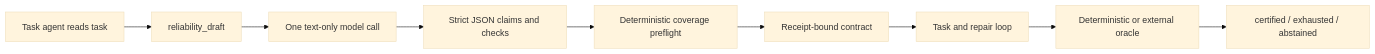
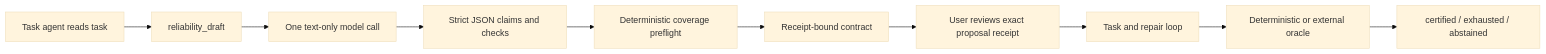
Before and after one commit to chenjie1129/deepseek-harness-reliability-governor: the diagram in docs/CONTRACT_AUTHORING.md, drawn with Mermaid (base theme). The commit also changed other lines of this file and 43 other files, not shown here.

````diff
--- a/docs/CONTRACT_AUTHORING.md
+++ b/docs/CONTRACT_AUTHORING.md
@@ -19,11 +19,12 @@
 ```mermaid
 flowchart LR
   A[Task agent reads task] --> B[reliability_draft]
   B --> C[One text-only model call]
   C --> D[Strict JSON claims and checks]
   D --> E[Deterministic coverage preflight]
   E --> F[Receipt-bound contract]
-  F --> G[Task and repair loop]
+  F --> R[User reviews exact proposal receipt]
+  R --> G[Task and repair loop]
   G --> H[Deterministic or external oracle]
   H --> I[certified / exhausted / abstained]
 ```
````
